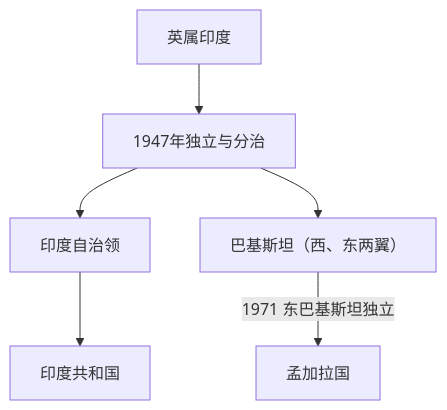
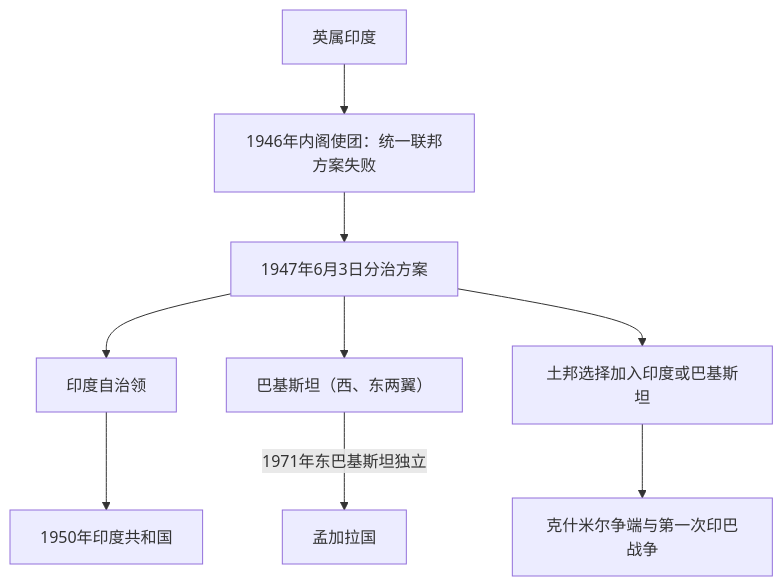
One commit to tianlan-dev/learning-notes changed the diagram in 人文科学/历史/南亚/印度/印度独立与印巴分治.md. Above: the diagram before and after it, drawn with Mermaid. The commit also changed other lines of this file and 1417 other files, not shown here.

````diff
--- a/人文科学/历史/南亚/印度/印度独立与印巴分治.md
+++ b/人文科学/历史/南亚/印度/印度独立与印巴分治.md
@@ -16,8 +15,11 @@
 ```mermaid
 flowchart TD
-    British["英属印度"] --> Partition["1947年独立与分治"]
+    British["英属印度"] --> Cabinet["1946年内阁使团：统一联邦方案失败"]
+    Cabinet --> Partition["1947年6月3日分治方案"]
     Partition --> India["印度自治领"]
-    India --> Republic["印度共和国"]
+    India --> Republic["1950年印度共和国"]
     Partition --> Pakistan["巴基斯坦（西、东两翼）"]
-    Pakistan -->|1971 东巴基斯坦独立| Bangladesh["孟加拉国"]
+    Pakistan -->|1971年东巴基斯坦独立| Bangladesh["孟加拉国"]
+    Partition --> Princely["土邦选择加入印度或巴基斯坦"]
+    Princely --> Kashmir["克什米尔争端与第一次印巴战争"]
 ```
````
